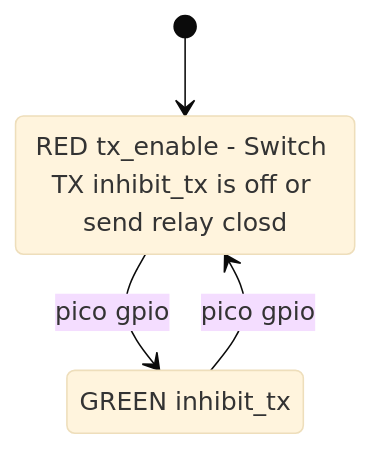
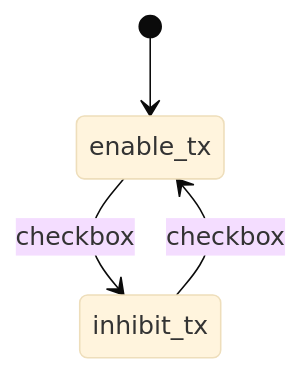
The first of 5 diagrams in src/NanoVNASaver/antenna_peter/README_peter.md (petermaerki/fork_nanovna-saver), drawn with Mermaid (base theme) before and after one commit. The commit also changed other lines of this file and 2 other files, not shown here.

````diff
--- a/src/NanoVNASaver/antenna_peter/README_peter.md
+++ b/src/NanoVNASaver/antenna_peter/README_peter.md
@@ -31,9 +31,9 @@
 ```mermaid
 stateDiagram-v2
-	[*] --> tx_enable
-	tx_enable: RED tx_enable - Switch TX inhibit_tx is off or send relay closd
-	inhibit_tx: GREEN inhibit_tx
+	[*] --> enable_tx
+	enable_tx: 
+	inhibit_tx: 
 
-    tx_enable --> inhibit_tx: pico gpio
-    inhibit_tx --> tx_enable: pico gpio
+    enable_tx --> inhibit_tx: checkbox
+    inhibit_tx --> enable_tx: checkbox
 ```
````
